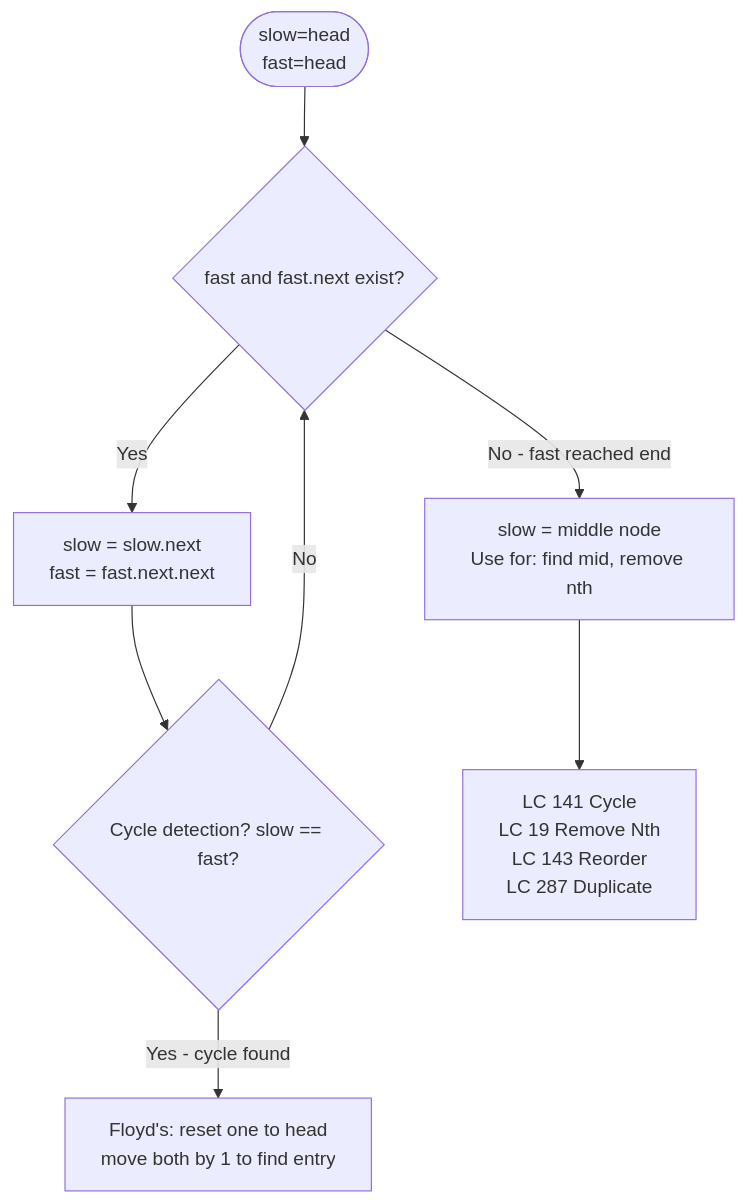
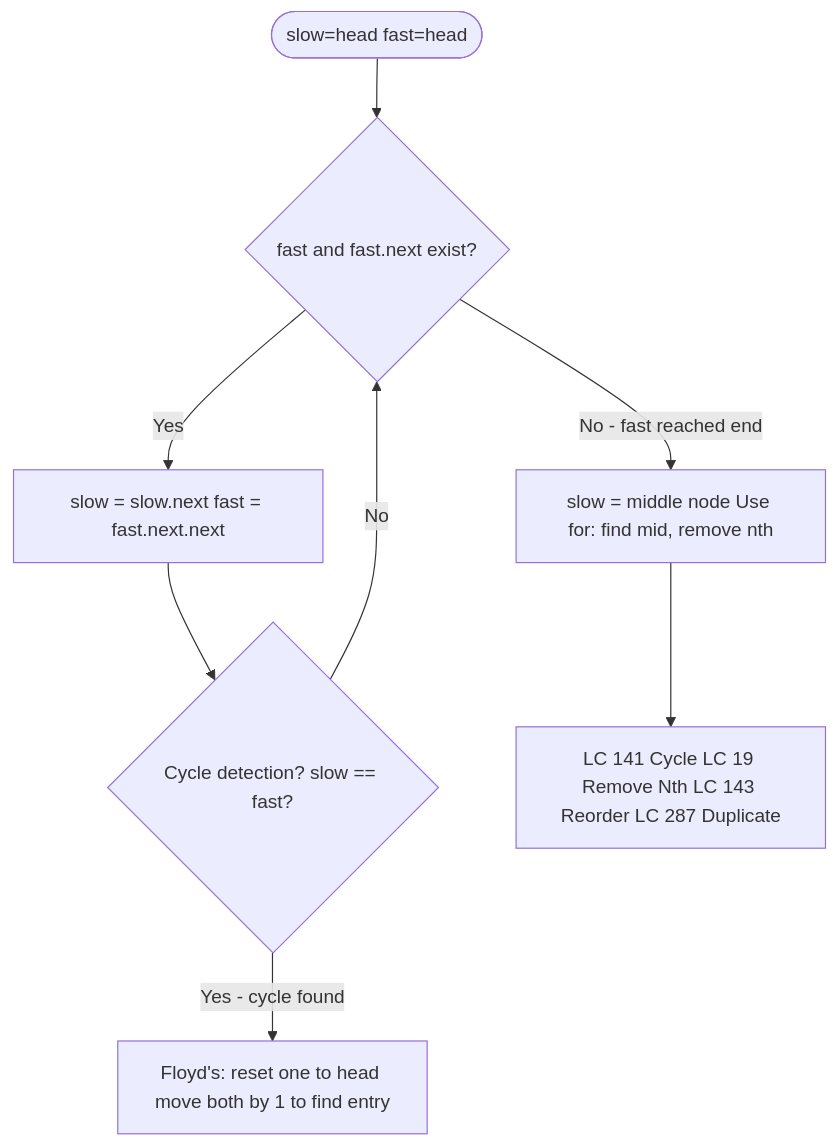
Before and after one commit to deepanshu-rawat6/AlgoAtlas: the second of 6 diagrams in linked_list/README.md, drawn with Mermaid. The commit also changed other lines of this file and 13 other files, not shown here.

````diff
--- a/linked_list/README.md
+++ b/linked_list/README.md
@@ -55,10 +55,10 @@
 ```mermaid
 flowchart TD
-    A([slow=head<br>fast=head]) --> B{"fast and fast.next exist?"}
-    B -->|Yes| C[slow = slow.next<br>fast = fast.next.next]
+    A([slow=head fast=head]) --> B{"fast and fast.next exist?"}
+    B -->|Yes| C[slow = slow.next fast = fast.next.next]
     C --> D{"Cycle detection? slow == fast?"}
-    D -->|Yes - cycle found| E[Floyd's: reset one to head<br>move both by 1 to find entry]
+    D -->|Yes - cycle found| E[Floyd's: reset one to head move both by 1 to find entry]
     D -->|No| B
-    B -->|No - fast reached end| F[slow = middle node<br>Use for: find mid, remove nth]
-    F --> G[LC 141 Cycle<br>LC 19 Remove Nth<br>LC 143 Reorder<br>LC 287 Duplicate]
+    B -->|No - fast reached end| F[slow = middle node Use for: find mid, remove nth]
+    F --> G[LC 141 Cycle LC 19 Remove Nth LC 143 Reorder LC 287 Duplicate]
 ```
````
